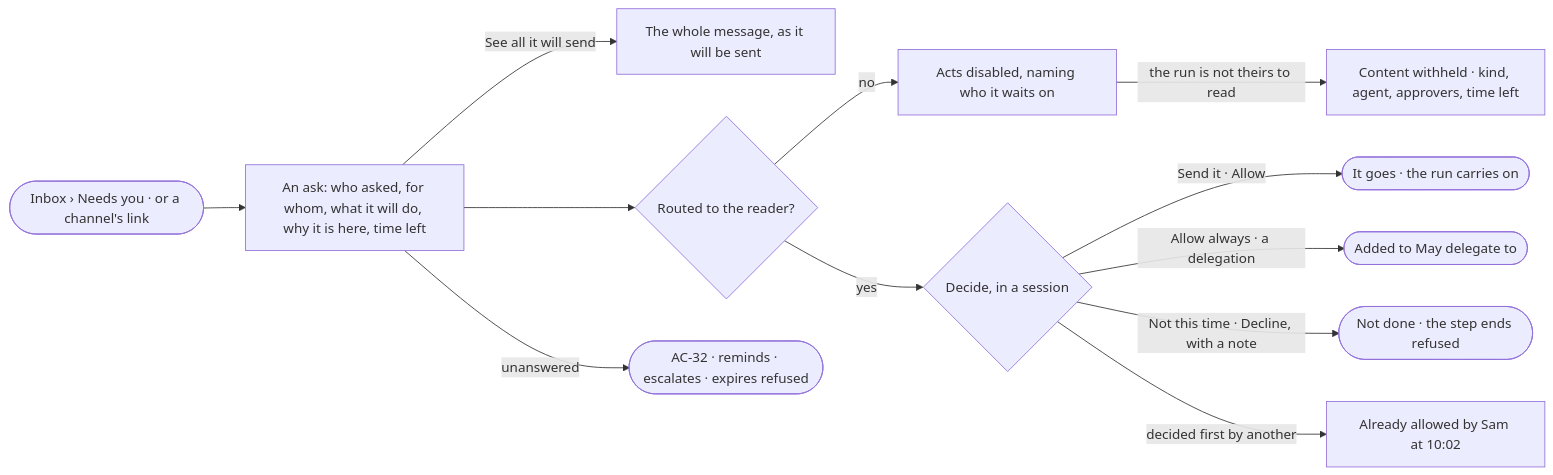
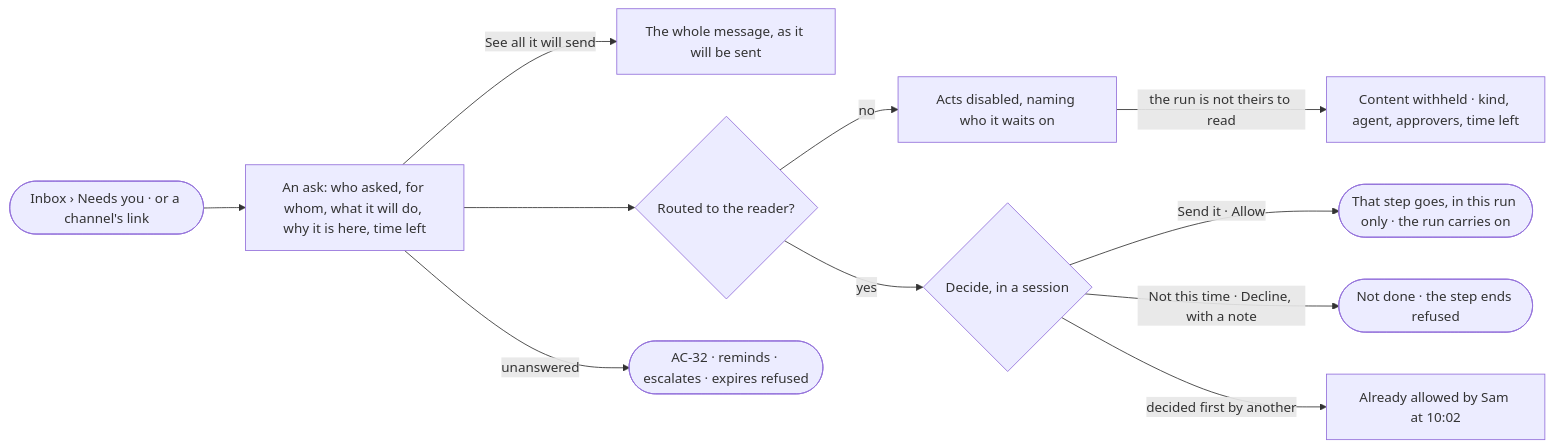
One commit to invana/invana changed the diagram in specs/os/access/features/AC-F05-asks-and-approvals/stories/AC-15-decide-what-an-agent-asks-before-it-acts/story.md. Above: the diagram before and after it, drawn with Mermaid. The commit also changed other lines of this file and 300 other files, not shown here.

````diff
--- a/specs/os/access/features/AC-F05-asks-and-approvals/stories/AC-15-decide-what-an-agent-asks-before-it-acts/story.md
+++ b/specs/os/access/features/AC-F05-asks-and-approvals/stories/AC-15-decide-what-an-agent-asks-before-it-acts/story.md
@@ -27,14 +27,13 @@
 ```mermaid
 flowchart LR
   s([Inbox › Needs you · or a channel's link]) --> a["An ask: who asked, for whom, what it will do, why it is here, time left"]
   a -->|See all it will send| full["The whole message, as it will be sent"]
   a --> w{"Routed to the reader?"}
   w -->|no| ro["Acts disabled, naming who it waits on"]
   ro -->|the run is not theirs to read| wh["Content withheld · kind, agent, approvers, time left"]
   w -->|yes| d{"Decide, in a session"}
-  d -->|Send it · Allow| go(["It goes · the run carries on"])
-  d -->|Allow always · a delegation| al(["Added to May delegate to"])
+  d -->|Send it · Allow| go(["That step goes, in this run only · the run carries on"])
   d -->|Not this time · Decline, with a note| no(["Not done · the step ends refused"])
   d -->|decided first by another| f["Already allowed by Sam at 10:02"]
   a -->|unanswered| ex(["AC-32 · reminds · escalates · expires refused"])
 ```
````
